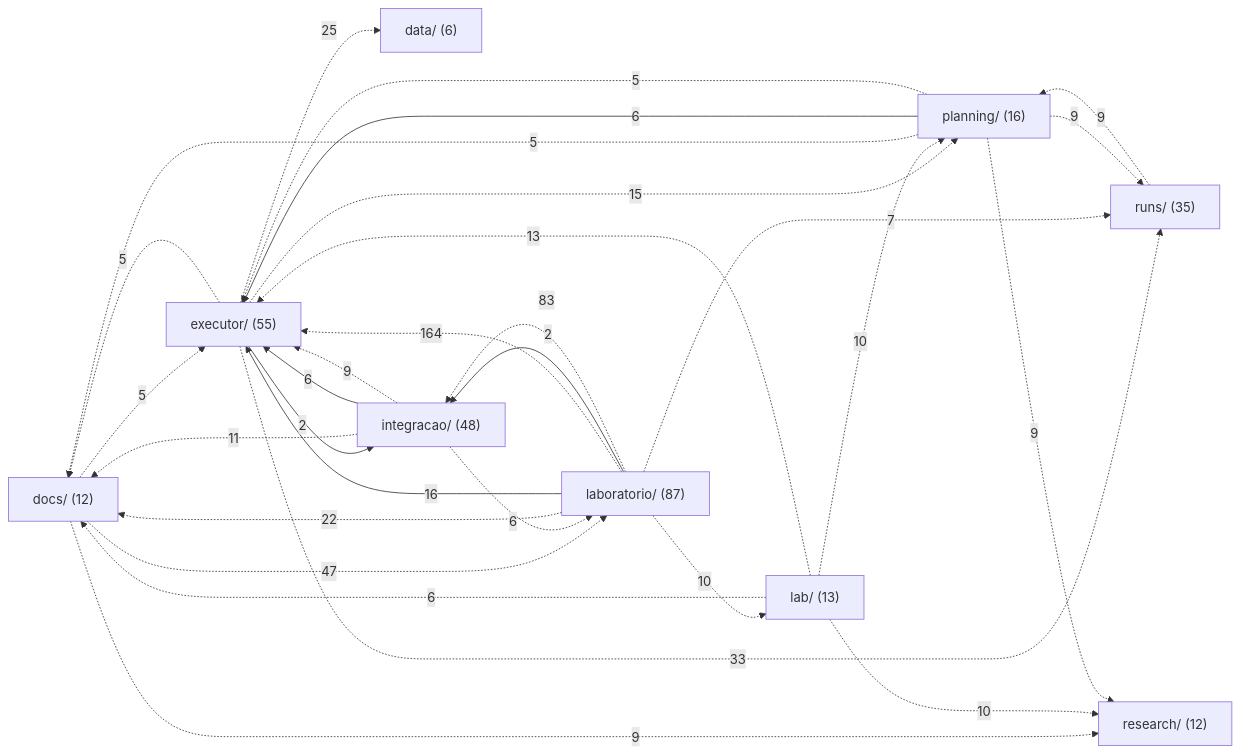
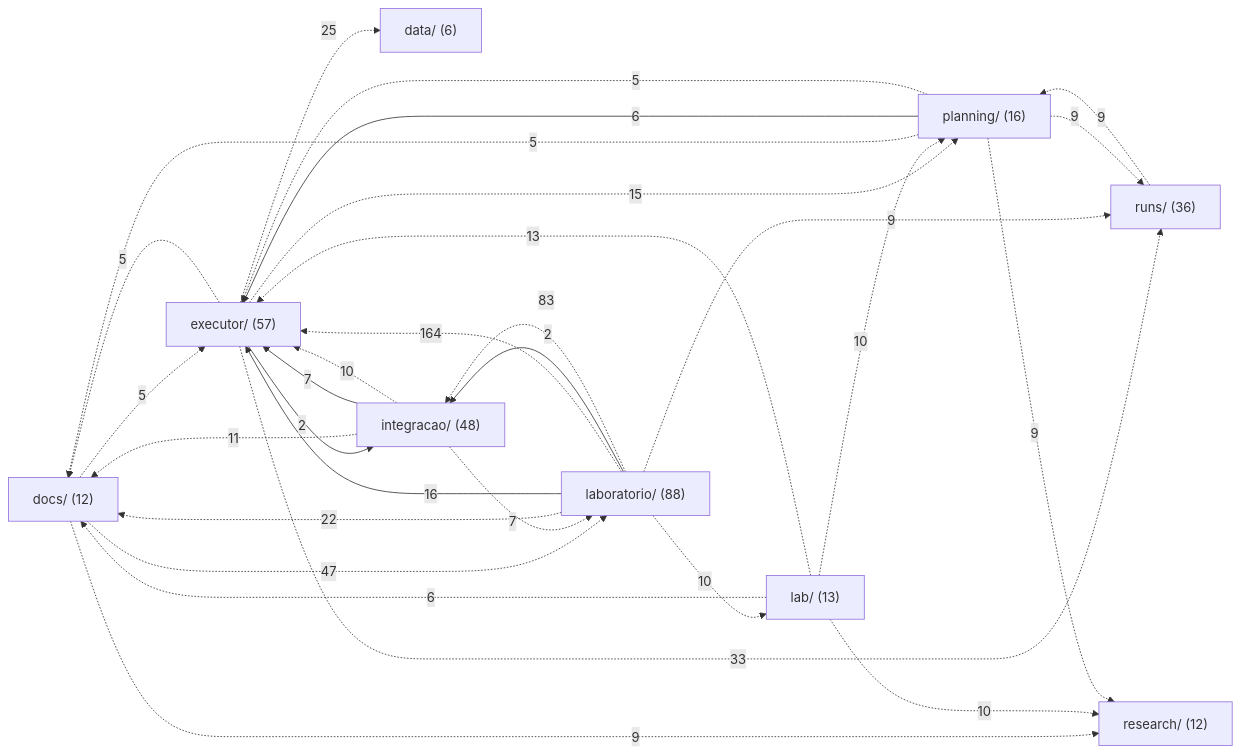
Before and after one commit to igormorais123/JEV: the second of 3 diagrams in MAPA.md, drawn with Mermaid. The commit also changed other lines of this file and 49 other files, not shown here.

````diff
--- a/MAPA.md
+++ b/MAPA.md
@@ -88,41 +131,41 @@
 ```mermaid
 flowchart LR
   n_data["data/ (6)"]
   n_docs["docs/ (12)"]
-  n_executor["executor/ (55)"]
+  n_executor["executor/ (57)"]
   n_integracao["integracao/ (48)"]
   n_lab["lab/ (13)"]
-  n_laboratorio["laboratorio/ (87)"]
+  n_laboratorio["laboratorio/ (88)"]
   n_planning["planning/ (16)"]
   n_research["research/ (12)"]
-  n_runs["runs/ (35)"]
+  n_runs["runs/ (36)"]
   n_docs -.->|5| n_executor
   n_docs -.->|47| n_laboratorio
   n_docs -.->|9| n_research
   n_executor -.->|25| n_data
   n_executor -.->|5| n_docs
   n_executor -->|2| n_integracao
   n_executor -.->|15| n_planning
   n_executor -.->|33| n_runs
   n_integracao -.->|11| n_docs
-  n_integracao -->|6| n_executor
-  n_integracao -.->|9| n_executor
-  n_integracao -.->|6| n_laboratorio
+  n_integracao -->|7| n_executor
+  n_integracao -.->|10| n_executor
+  n_integracao -.->|7| n_laboratorio
   n_lab -.->|6| n_docs
   n_lab -.->|13| n_executor
   n_lab -.->|10| n_planning
   n_lab -.->|10| n_research
   n_laboratorio -.->|22| n_docs
   n_laboratorio -->|16| n_executor
   n_laboratorio -.->|164| n_executor
   n_laboratorio -->|2| n_integracao
   n_laboratorio -.->|83| n_integracao
   n_laboratorio -.->|10| n_lab
-  n_laboratorio -.->|7| n_runs
+  n_laboratorio -.->|9| n_runs
   n_planning -.->|5| n_docs
   n_planning -->|6| n_executor
   n_planning -.->|5| n_executor
   n_planning -.->|9| n_research
   n_planning -.->|9| n_runs
   n_runs -.->|9| n_planning
 ```
````
